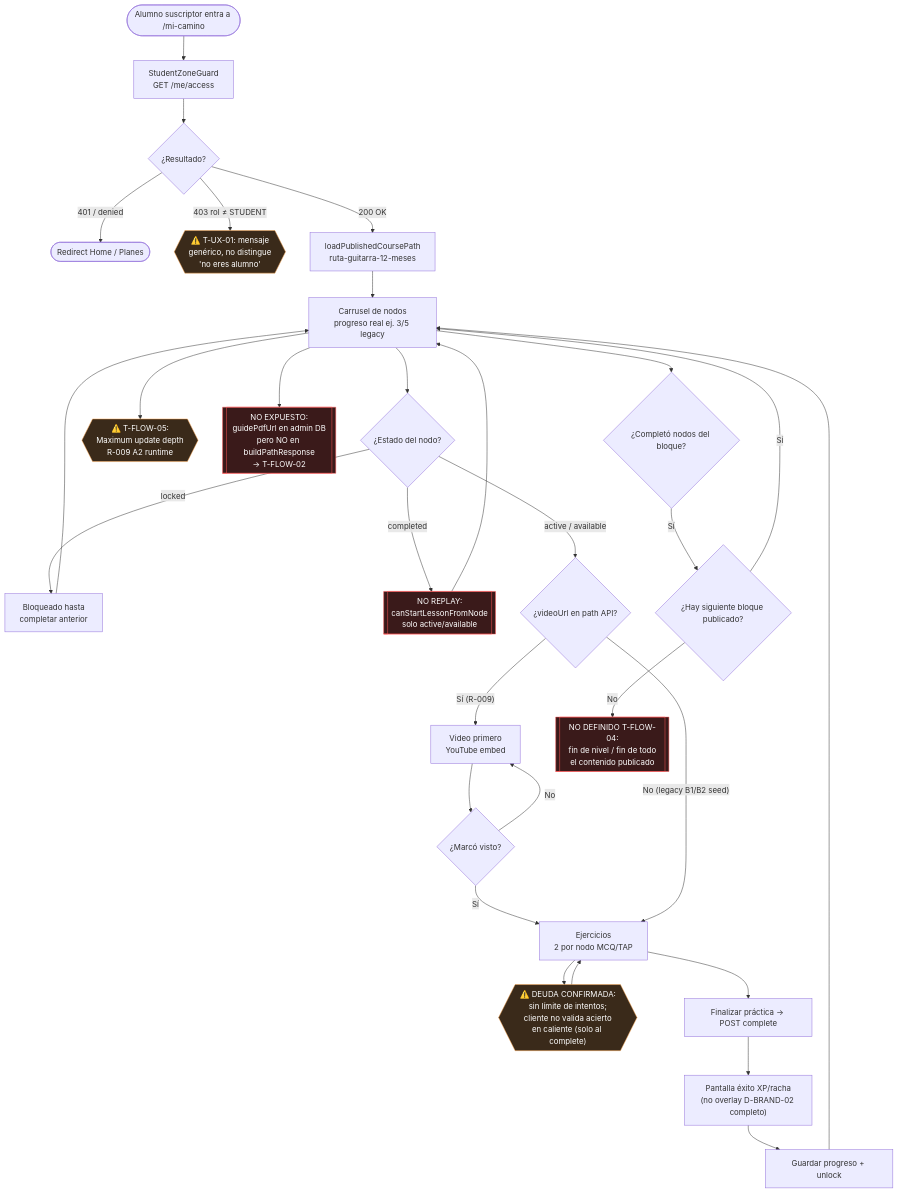
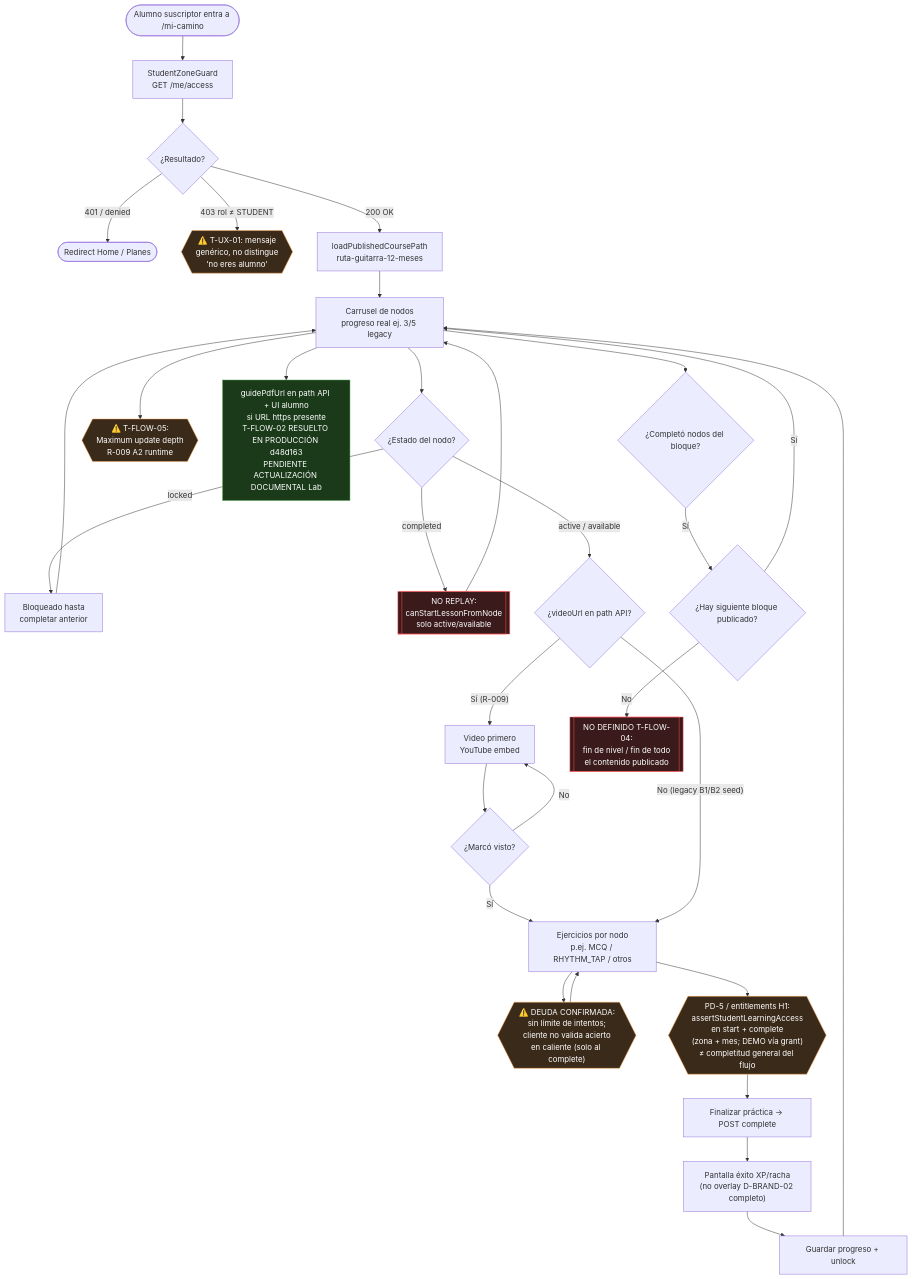
One commit to gmusicproyect/proyectogmusic changed the diagram in Página de cursos de música/docs/flows/02-mi-camino-suscriptor.md. Above: the diagram before and after it, drawn with Mermaid. The commit also changed other lines of this file and 14 other files, not shown here.

First line of the commit message:
fix(auth): T-FLOW-01 ADMIN post-login + flows alineados a realidad

````diff
--- a/Página de cursos de música/docs/flows/02-mi-camino-suscriptor.md
+++ b/Página de cursos de música/docs/flows/02-mi-camino-suscriptor.md
@@ -6,48 +8,50 @@
 ```mermaid
 flowchart TD
     Entry([Alumno suscriptor entra a /mi-camino]) --> Guard["StudentZoneGuard<br/>GET /me/access"]
     Guard --> GuardResult{¿Resultado?}
 
     GuardResult -- "401 / denied" --> Home([Redirect Home / Planes])
     GuardResult -- "403 rol ≠ STUDENT" --> T-UX-01{{"⚠️ T-UX-01: mensaje<br/>genérico, no distingue<br/>'no eres alumno'"}}
     GuardResult -- "200 OK" --> LoadPath["loadPublishedCoursePath<br/>ruta-guitarra-12-meses"]
 
     LoadPath --> Carrusel[Carrusel de nodos<br/>progreso real ej. 3/5 legacy]
     Carrusel --> NodeClick{¿Estado del nodo?}
 
     NodeClick -- locked --> Locked[Bloqueado hasta<br/>completar anterior]
     Locked --> Carrusel
     NodeClick -- completed --> NoReplay[["NO REPLAY:<br/>canStartLessonFromNode<br/>solo active/available"]]
     NoReplay --> Carrusel
     NodeClick -- active / available --> HasVideo{¿videoUrl en path API?}
 
     HasVideo -- "Sí (R-009)" --> Video[Video primero<br/>YouTube embed]
     Video --> Watched{¿Marcó visto?}
     Watched -- No --> Video
     Watched -- Sí --> Ejercicio
 
-    HasVideo -- "No (legacy B1/B2 seed)" --> Ejercicio[Ejercicios<br/>2 por nodo MCQ/TAP]
+    HasVideo -- "No (legacy B1/B2 seed)" --> Ejercicio[Ejercicios por nodo<br/>p.ej. MCQ / RHYTHM_TAP / otros]
 
     Ejercicio --> RetryDebt{{"⚠️ DEUDA CONFIRMADA:<br/>sin límite de intentos;<br/>cliente no valida acierto<br/>en caliente (solo al complete)"}}
     RetryDebt --> Ejercicio
-    Ejercicio --> CompleteFlow[Finalizar práctica → POST complete]
+    Ejercicio --> EntH1{{"PD-5 / entitlements H1:<br/>assertStudentLearningAccess<br/>en start + complete<br/>(zona + mes; DEMO vía grant)<br/>≠ completitud general del flujo"}}
+    EntH1 --> CompleteFlow[Finalizar práctica → POST complete]
     CompleteFlow --> Exito["Pantalla éxito XP/racha<br/>(no overlay D-BRAND-02 completo)"]
     Exito --> SaveProgress[Guardar progreso + unlock]
     SaveProgress --> Carrusel
 
     Carrusel --> ReRender{{"⚠️ T-FLOW-05:<br/>Maximum update depth<br/>R-009 A2 runtime"}}
 
-    Carrusel --> PDF[["NO EXPUESTO:<br/>guidePdfUrl en admin DB<br/>pero NO en buildPathResponse<br/>→ T-FLOW-02"]]
+    Carrusel --> PDF["guidePdfUrl en path API + UI alumno<br/>si URL https presente<br/>T-FLOW-02 RESUELTO EN PRODUCCIÓN d48d163<br/>PENDIENTE ACTUALIZACIÓN DOCUMENTAL Lab"]
 
     Carrusel --> FinModulo{¿Completó nodos del bloque?}
     FinModulo -- Sí --> NextBlock{¿Hay siguiente bloque publicado?}
     NextBlock -- Sí --> Carrusel
     NextBlock -- No --> FinCamino[["NO DEFINIDO T-FLOW-04:<br/>fin de nivel / fin de todo<br/>el contenido publicado"]]
 
     style T-UX-01 fill:#3a2a1a,stroke:#ffaa55,color:#fff
     style RetryDebt fill:#3a2a1a,stroke:#ffaa55,color:#fff
     style ReRender fill:#3a2a1a,stroke:#ffaa55,color:#fff
+    style EntH1 fill:#3a2a1a,stroke:#ffaa55,color:#fff
     style NoReplay fill:#3a1a1a,stroke:#ff5555,color:#fff
-    style PDF fill:#3a1a1a,stroke:#ff5555,color:#fff
+    style PDF fill:#1a3a1a,stroke:#55aa55,color:#fff
     style FinCamino fill:#3a1a1a,stroke:#ff5555,color:#fff
 ```
````
